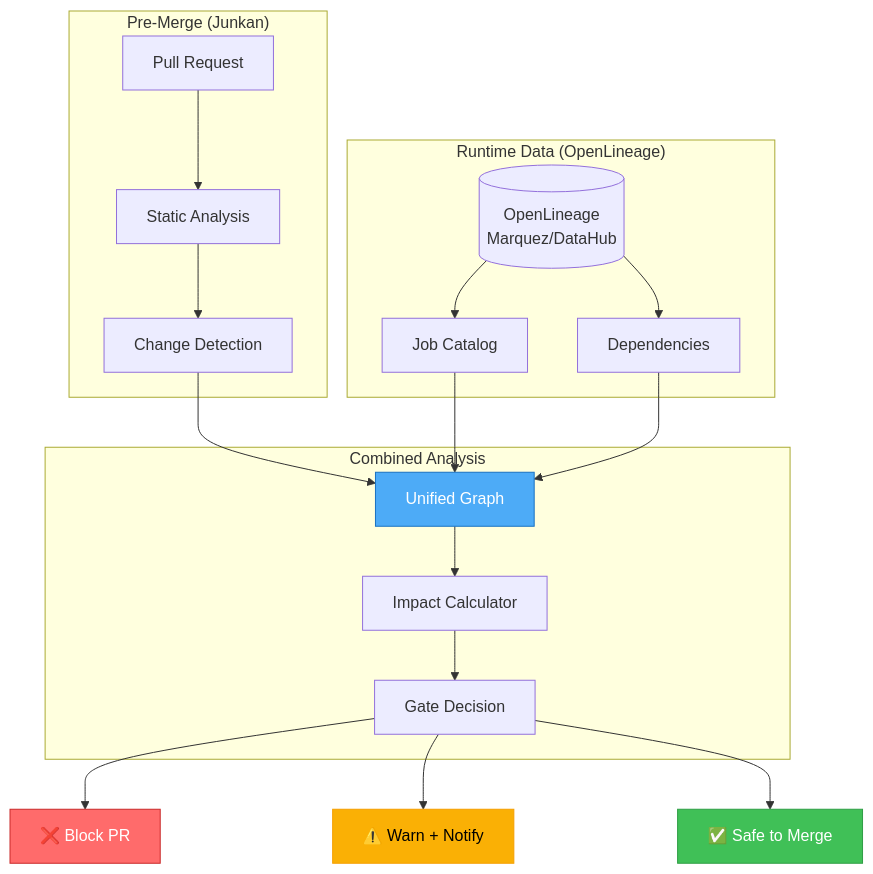
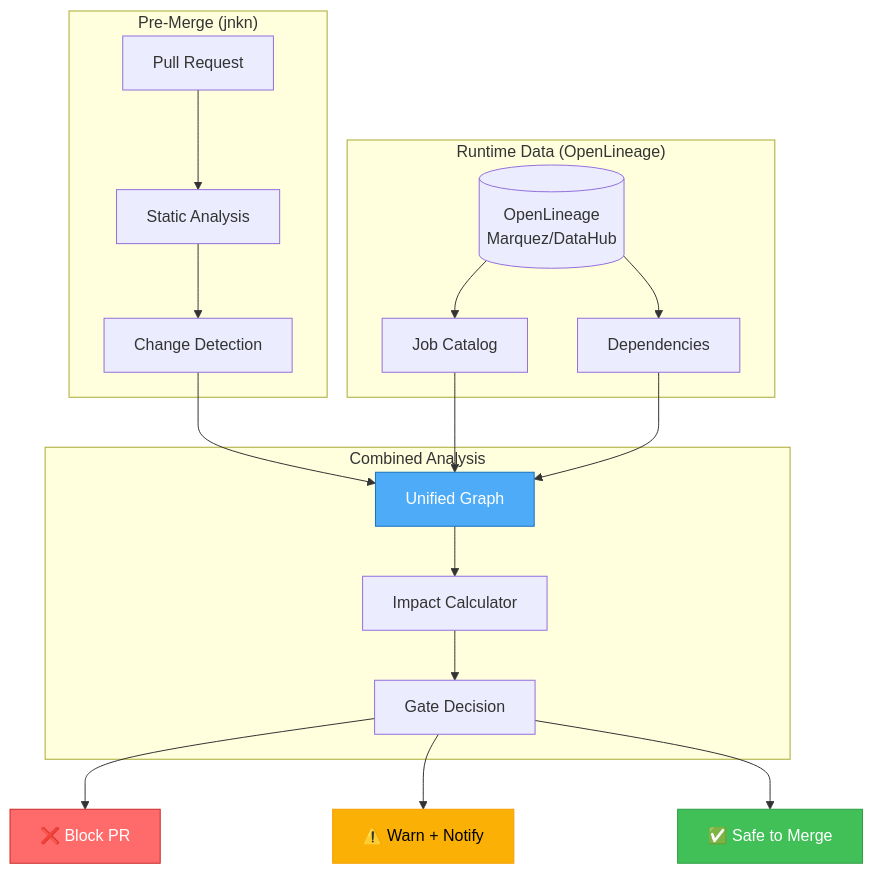
One commit to bordumb/junkan changed the third of 9 diagrams in docs/openlineage/design.md. Above: the diagram before and after it, drawn with Mermaid. The commit also changed other lines of this file and 157 other files, not shown here.

````diff
--- a/docs/openlineage/design.md
+++ b/docs/openlineage/design.md
@@ -161,41 +161,41 @@
 ```mermaid
 graph TB
-    subgraph "Pre-Merge (Junkan)"
+    subgraph "Pre-Merge (jnkn)"
         PR[Pull Request]
         STATIC[Static Analysis]
         DIFF[Change Detection]
     end
     
     subgraph "Runtime Data (OpenLineage)"
         OL_DB[(OpenLineage<br/>Marquez/DataHub)]
         JOBS[Job Catalog]
         DEPS[Dependencies]
     end
     
     subgraph "Combined Analysis"
         MERGE[Unified Graph]
         IMPACT[Impact Calculator]
         DECISION[Gate Decision]
     end
     
     PR --> STATIC
     STATIC --> DIFF
     DIFF --> MERGE
     
     OL_DB --> JOBS
     OL_DB --> DEPS
     JOBS --> MERGE
     DEPS --> MERGE
     
     MERGE --> IMPACT
     IMPACT --> DECISION
     
     DECISION --> BLOCK[❌ Block PR]
     DECISION --> WARN[⚠️ Warn + Notify]
     DECISION --> PASS[✅ Safe to Merge]
     
     style MERGE fill:#4dabf7,stroke:#1971c2,color:#fff
     style BLOCK fill:#ff6b6b,stroke:#c92a2a,color:#fff
     style WARN fill:#fab005,stroke:#f59f00,color:#000
     style PASS fill:#40c057,stroke:#2f9e44,color:#fff
 ```
````
